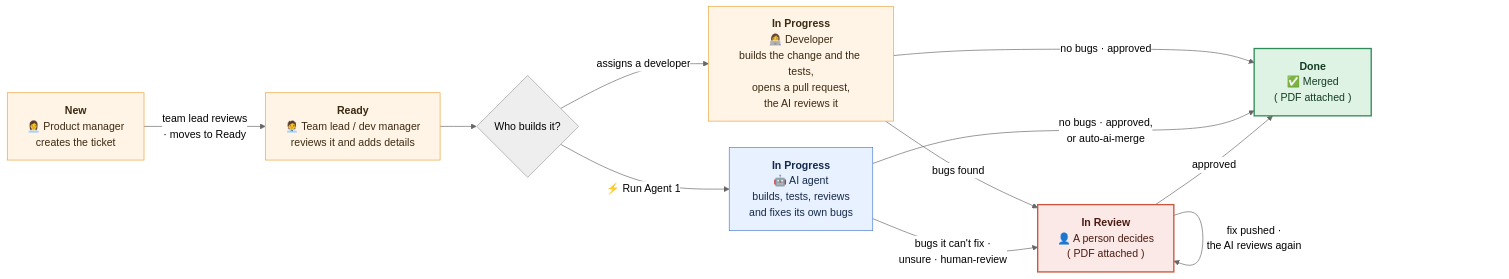
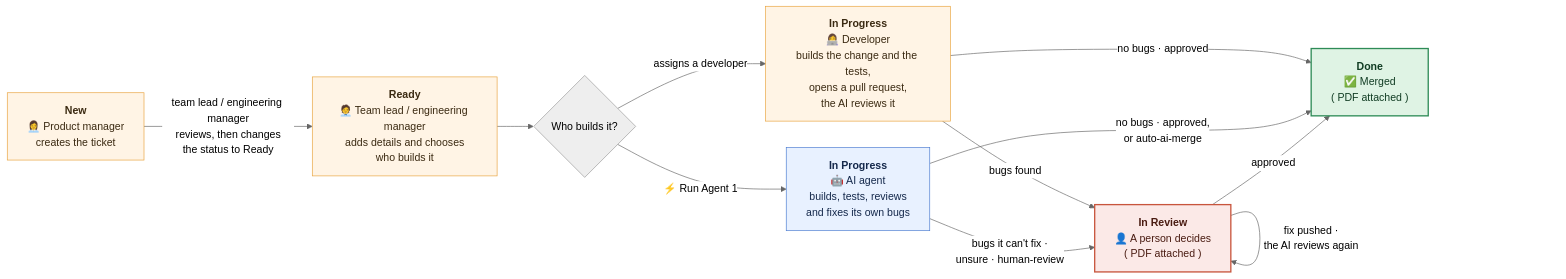
The diagram in docs/images/ticket-flow.mmd (ssharma007-dev/wikipedia-visual-ci), drawn with Mermaid (neutral theme) before and after one commit. The commit also changed 1 other file, not shown here.

Commit message:
Ticket flow: team lead / engineering manager reviews, then changes the status to Ready

```diff
--- a/docs/images/ticket-flow.mmd
+++ b/docs/images/ticket-flow.mmd
@@ -1,29 +1,29 @@
 %%{init: {"flowchart": {"wrappingWidth": 220, "nodeSpacing": 40, "rankSpacing": 55, "curve": "basis"}}}%%
 flowchart LR
     N["<b>New</b><br/>👩‍💼 Product manager<br/>creates the ticket"]
-    R["<b>Ready</b><br/>🧑‍💼 Team lead / dev manager<br/>reviews it and adds details"]
+    R["<b>Ready</b><br/>🧑‍💼 Team lead / engineering manager<br/>adds details and chooses<br/>who builds it"]
     C{"Who builds it?"}
     D["<b>In Progress</b><br/>👩‍💻 Developer<br/>builds the change and the tests,<br/>opens a pull request,<br/>the AI reviews it"]
     A["<b>In Progress</b><br/>🤖 AI agent<br/>builds, tests, reviews<br/>and fixes its own bugs"]
     V["<b>In Review</b><br/>👤 A person decides<br/>( PDF attached )"]
     K["<b>Done</b><br/>✅ Merged<br/>( PDF attached )"]
 
-    N -->|"team lead reviews<br/>· moves to Ready"| R
+    N -->|"team lead / engineering manager<br/>reviews, then changes<br/>the status to Ready"| R
     R --> C
     C -->|"assigns a developer"| D
     C -->|"⚡ Run Agent 1"| A
     D -->|"no bugs · approved"| K
     A -->|"no bugs · approved,<br/>or auto-ai-merge"| K
     D -->|"bugs found"| V
     A -->|"bugs it can't fix ·<br/>unsure · human-review"| V
     V -->|"fix pushed ·<br/>the AI reviews again"| V
     V -->|"approved"| K
 
     classDef person fill:#FFF4E5,stroke:#E8A33D,color:#3B2A12
     classDef ai fill:#E8F1FF,stroke:#4A7BD0,color:#14284B
     classDef good fill:#DFF3E4,stroke:#2E8B57,color:#123D24,stroke-width:2px
     classDef decide fill:#FBE9E7,stroke:#C8553D,color:#4A1C12,stroke-width:2px
     class N,R,D person
     class A ai
     class K good
     class V decide
```
